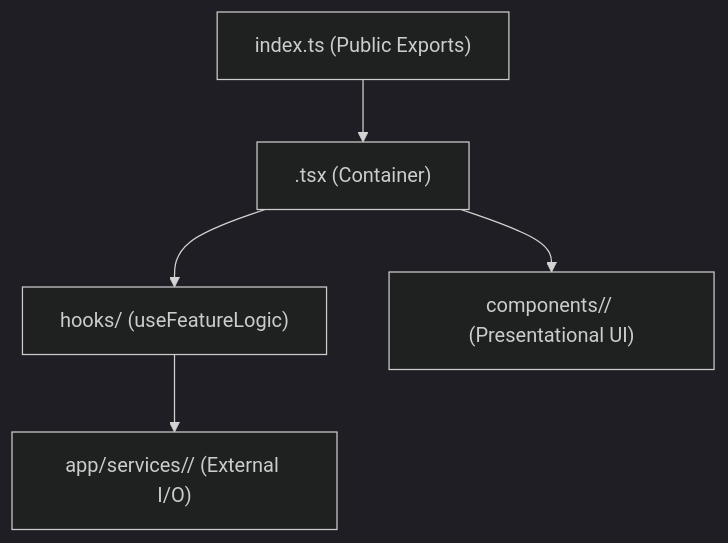
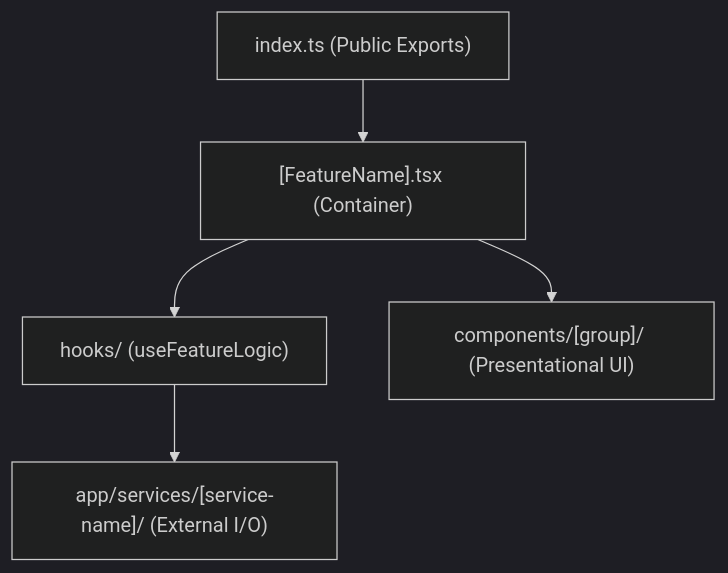
The diagram in apps/web/ARCHITECTURE.md (hoanglong2206/Video-Tool), drawn with Mermaid (dark theme) before and after one commit. The commit also changed 8 other files, not shown here.

First line of the commit message:
fix(docs): fix Mermaid diagram syntax errors and unescaped tags

````diff
--- a/apps/web/ARCHITECTURE.md
+++ b/apps/web/ARCHITECTURE.md
@@ -160,13 +160,13 @@
 ```mermaid
 graph TD
-    Container["<FeatureName>.tsx (Container)"]
+    Container["[FeatureName].tsx (Container)"]
     Hooks["hooks/ (useFeatureLogic)"]
-    Service["app/services/<service-name>/ (External I/O)"]
-    SubComponents["components/<group>/ (Presentational UI)"]
+    Service["app/services/[service-name]/ (External I/O)"]
+    SubComponents["components/[group]/ (Presentational UI)"]
     PublicAPI["index.ts (Public Exports)"]
 
     Container --> Hooks
     Hooks --> Service
     Container --> SubComponents
     PublicAPI --> Container
 ```
````
